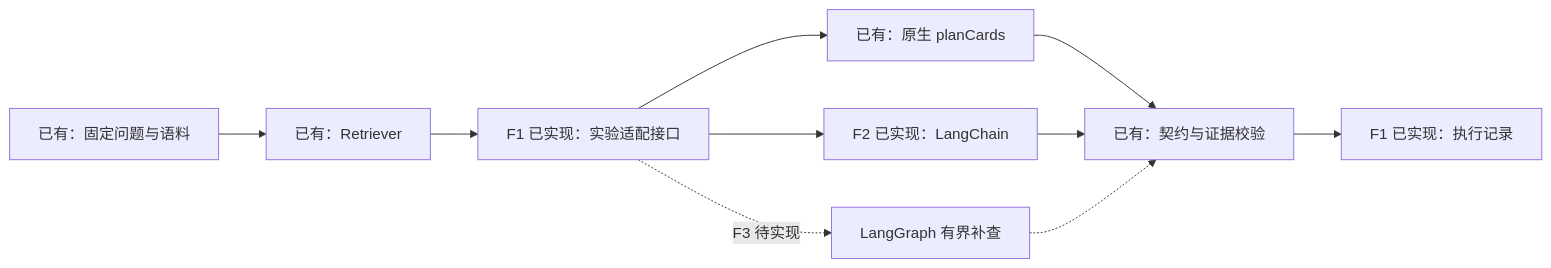
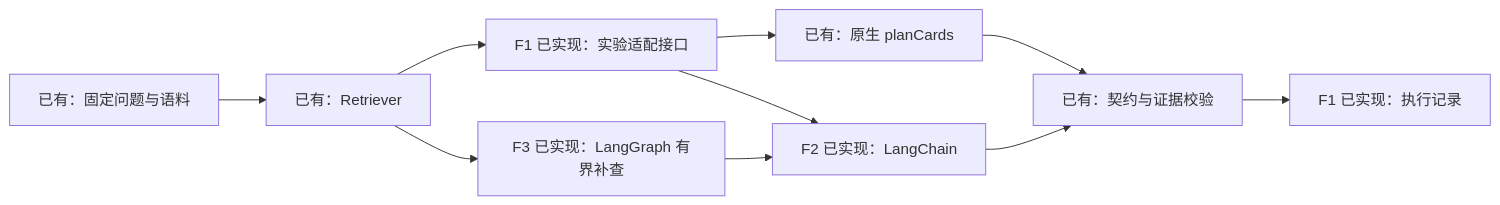
Before and after one commit to yuki-uix/rag-generative-ui-explorer: the diagram in eval/framework/README.md, drawn with Mermaid. The commit also changed other lines of this file and 23 other files, not shown here.

````diff
--- a/eval/framework/README.md
+++ b/eval/framework/README.md
@@ -133,12 +133,12 @@
 ```mermaid
 flowchart LR
   Q["已有：固定问题与语料"] --> R["已有：Retriever"]
   R --> A["F1 已实现：实验适配接口"]
   A --> N["已有：原生 planCards"]
   A --> L["F2 已实现：LangChain"]
-  A -. "F3 待实现" .-> G["LangGraph 有界补查"]
+  R --> G["F3 已实现：LangGraph 有界补查"]
   N --> V["已有：契约与证据校验"]
   L --> V
-  G -.-> V
+  G --> L
   V --> O["F1 已实现：执行记录"]
 ```
````
